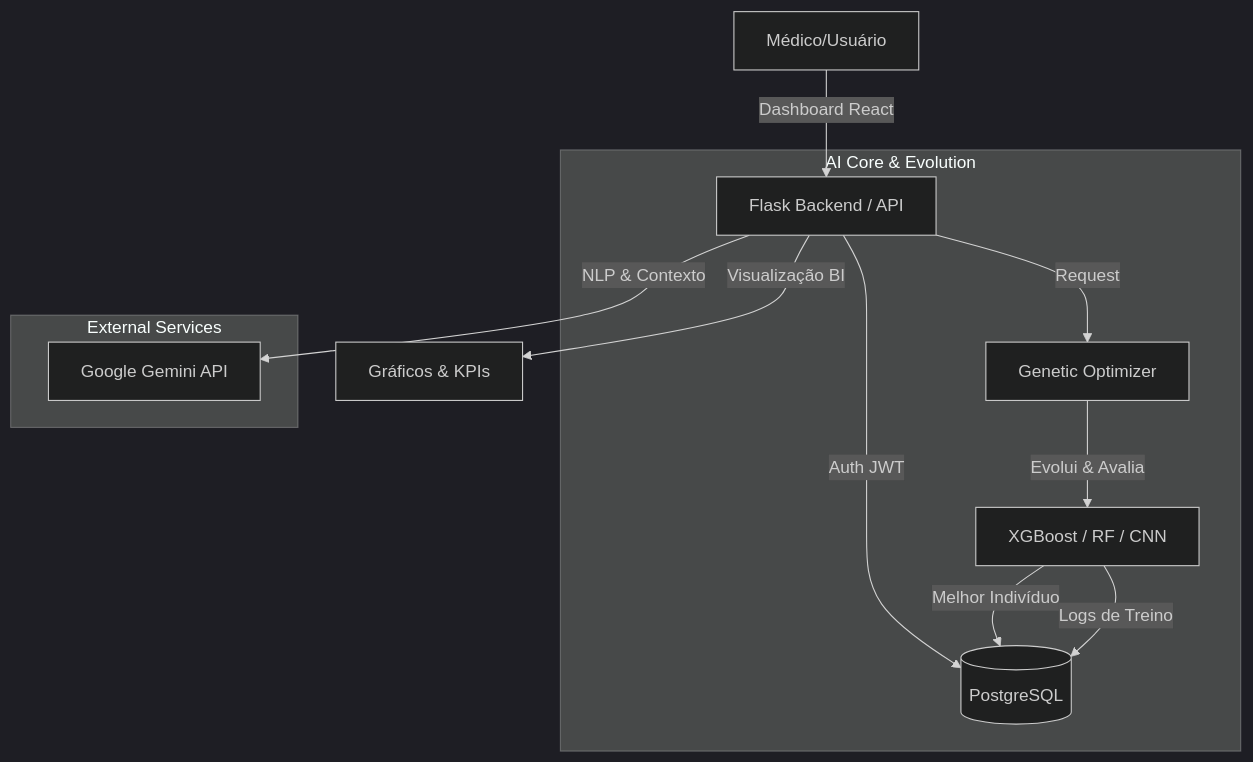
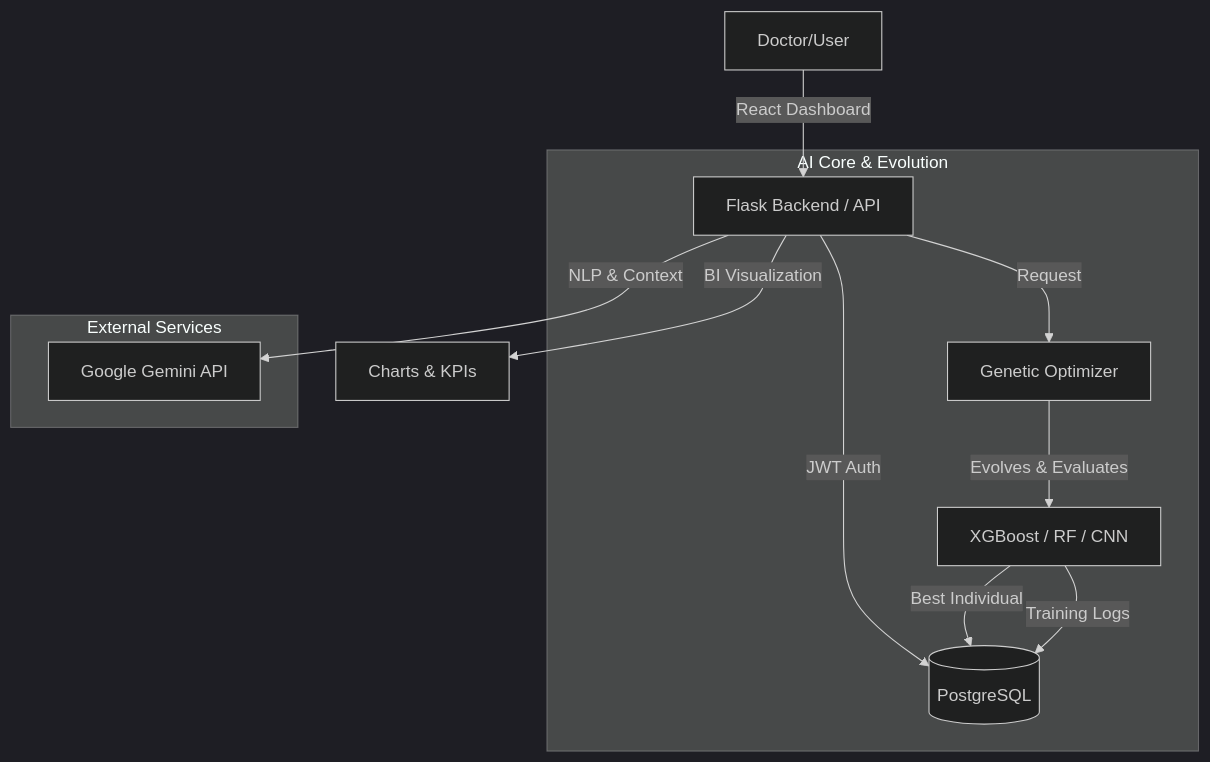
One commit to bisnet0/EpiScope---Disease-Data-Analyzer changed the first of 3 diagrams in README.md. Above: the diagram before and after it, drawn with Mermaid (dark theme). The commit also changed other lines of this file, not shown here.

````diff
--- a/README.md
+++ b/README.md
@@ -45,18 +45,18 @@
 ```mermaid
 graph TD
-    User[Médico/Usuário] -->|Dashboard React| API[Flask Backend / API]
-    API -->|Auth JWT| DB[(PostgreSQL)]
+    User[Doctor/User] -->|React Dashboard| API[Flask Backend / API]
+    API -->|JWT Auth| DB[(PostgreSQL)]
 
     subgraph "AI Core & Evolution"
         API -->|Request| GA[Genetic Optimizer]
-        GA -->|Evolui & Avalia| Models[XGBoost / RF / CNN]
-        Models -->|Melhor Indivíduo| DB
-        Models -->|Logs de Treino| DB
+        GA -->|Evolves & Evaluates| Models[XGBoost / RF / CNN]
+        Models -->|Best Individual| DB
+        Models -->|Training Logs| DB
     end
 
     subgraph "External Services"
-        API -->|NLP & Contexto| Gemini[Google Gemini API]
+        API -->|NLP & Context| Gemini[Google Gemini API]
     end
 
-    API -->|Visualização BI| UI[Gráficos & KPIs]
+    API -->|BI Visualization| UI[Charts & KPIs]
 ```
````
